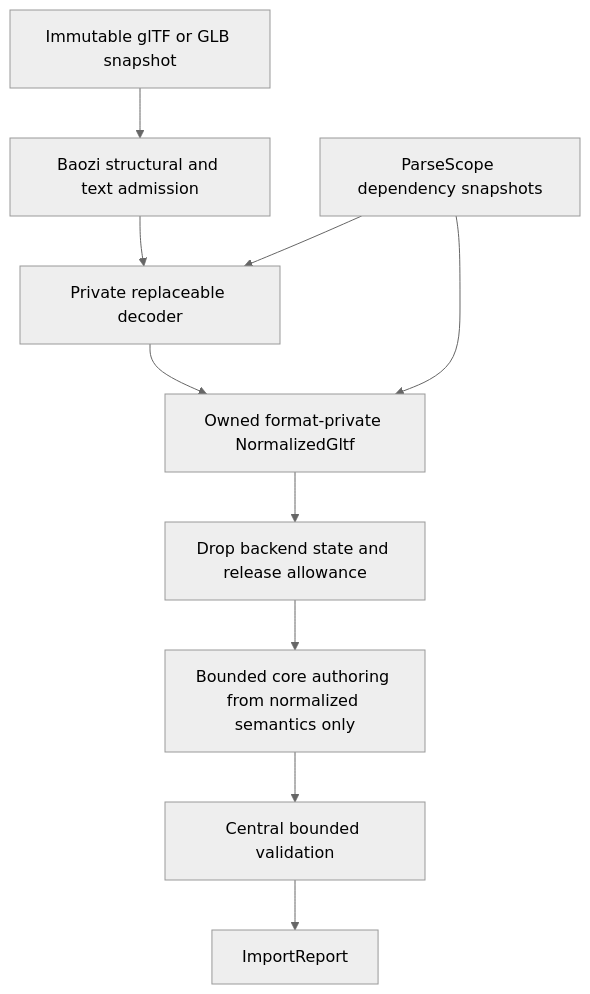
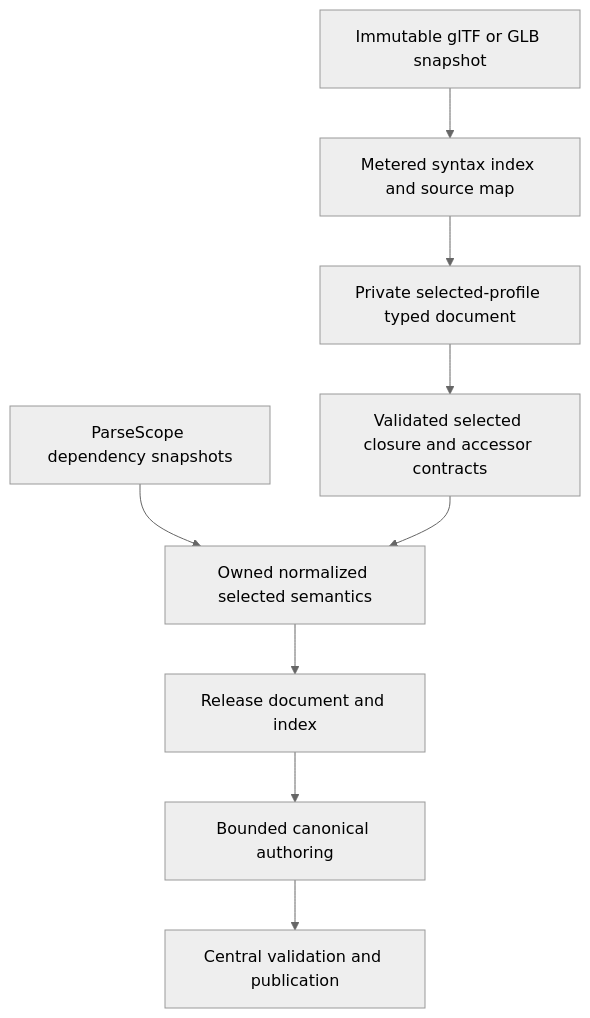
The diagram in docs/adr/0027-gltf-backend-ownership-and-replacement-policy.md (Latias94/baozi), drawn with Mermaid (neutral theme) before and after one commit. The commit also changed other lines of this file and 289 other files, not shown here.

First line of the commit message:
refactor(scene)!: own document and selected edit lifecycles

````diff
--- a/docs/adr/0027-gltf-backend-ownership-and-replacement-policy.md
+++ b/docs/adr/0027-gltf-backend-ownership-and-replacement-policy.md
@@ -79,12 +68,11 @@
 ```mermaid
 flowchart TB
-    Primary[Immutable glTF or GLB snapshot] --> Admission[Baozi structural and text admission]
-    Admission --> Backend[Private replaceable decoder]
-    Scope[ParseScope dependency snapshots] --> Backend
-    Backend --> Normalize[Owned format-private NormalizedGltf]
-    Scope --> Normalize
-    Normalize --> Drop[Drop backend state and release allowance]
-    Drop --> Author[Bounded core authoring from normalized semantics only]
-    Author --> Validate[Central bounded validation]
-    Validate --> Report[ImportReport]
+    Primary[Immutable glTF or GLB snapshot] --> Syntax[Metered syntax index and source map]
+    Syntax --> Document[Private selected-profile typed document]
+    Document --> Closure[Validated selected closure and accessor contracts]
+    Scope[ParseScope dependency snapshots] --> Normalize
+    Closure --> Normalize[Owned normalized selected semantics]
+    Normalize --> Release[Release document and index]
+    Release --> Author[Bounded canonical authoring]
+    Author --> Validate[Central validation and publication]
 ```
````
